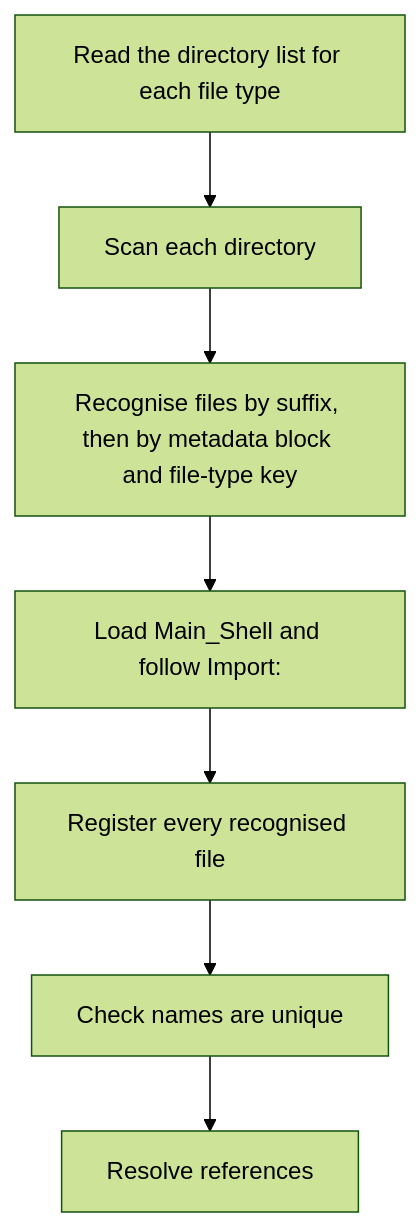
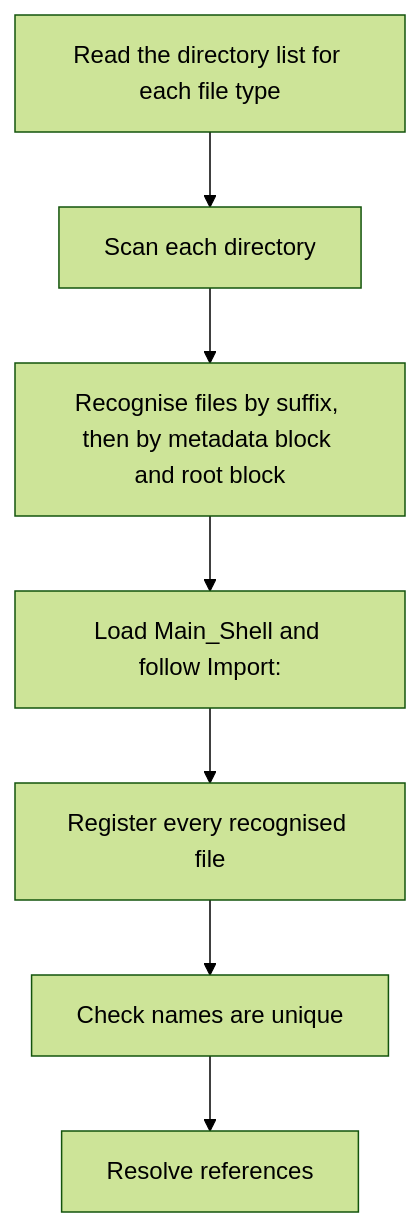
One commit to mindderivative/tess-shell changed the diagram in 40 Specifications/Runtime/Config Discovery and Registry.md. Above: the diagram before and after it, drawn with Mermaid (forest theme). The commit also changed other lines of this file and 16 other files, not shown here.

````diff
--- a/40 Specifications/Runtime/Config Discovery and Registry.md
+++ b/40 Specifications/Runtime/Config Discovery and Registry.md
@@ -32,9 +32,9 @@
 ```mermaid
 flowchart TD
     a[Read the directory list for each file type] --> b[Scan each directory]
-    b --> c[Recognise files by suffix, then by metadata block and file-type key]
+    b --> c[Recognise files by suffix, then by metadata block and root block]
     c --> d[Load Main_Shell and follow Import:]
     d --> e[Register every recognised file]
     e --> f[Check names are unique]
     f --> g[Resolve references]
 ```
````
